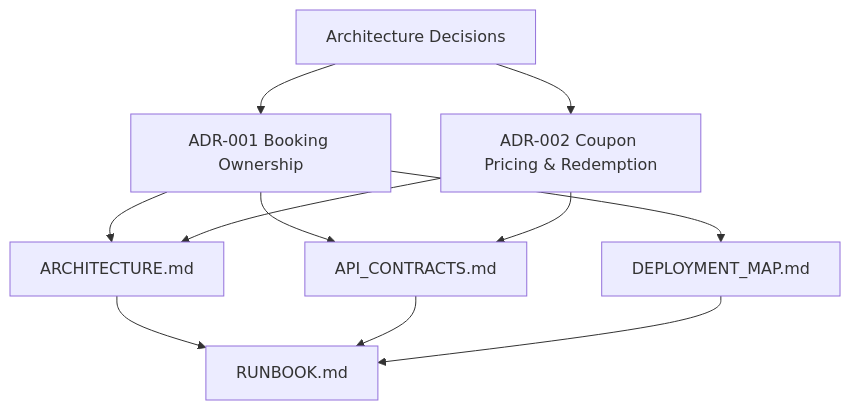
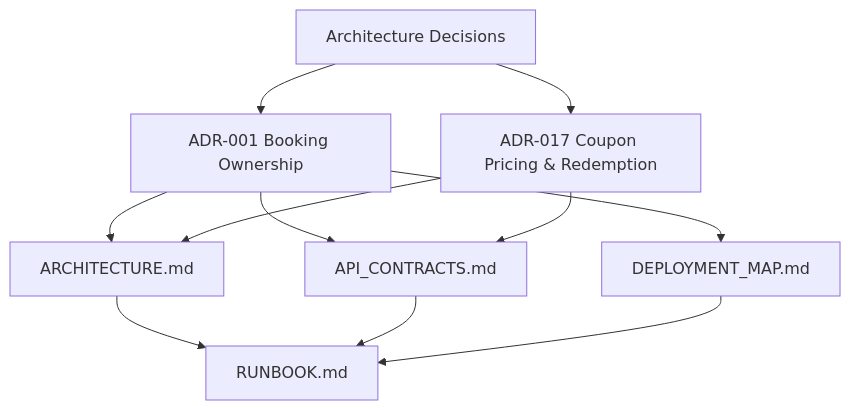
The first of 2 diagrams in docs/decisions/README.md (adminmadusa/MAD-Entertrainment), drawn with Mermaid before and after one commit. The commit also changed 3 other files, not shown here.

Commit message:
docs(decisions): renumber and format coupon pricing ADR as ADR-017

````diff
--- a/docs/decisions/README.md
+++ b/docs/decisions/README.md
@@ -45,13 +45,13 @@
 ```mermaid
 graph TD
     Decisions["Architecture Decisions"] --> ADR001["ADR-001 Booking Ownership"]
-    Decisions --> ADR002["ADR-002 Coupon Pricing & Redemption"]
+    Decisions --> ADR017["ADR-017 Coupon Pricing & Redemption"]
     ADR001 --> ARCH["ARCHITECTURE.md"]
     ADR001 --> API["API_CONTRACTS.md"]
     ADR001 --> DEPL["DEPLOYMENT_MAP.md"]
-    ADR002 --> ARCH
-    ADR002 --> API
+    ADR017 --> ARCH
+    ADR017 --> API
     ARCH --> RUN["RUNBOOK.md"]
     API --> RUN
     DEPL --> RUN
 ```
````
